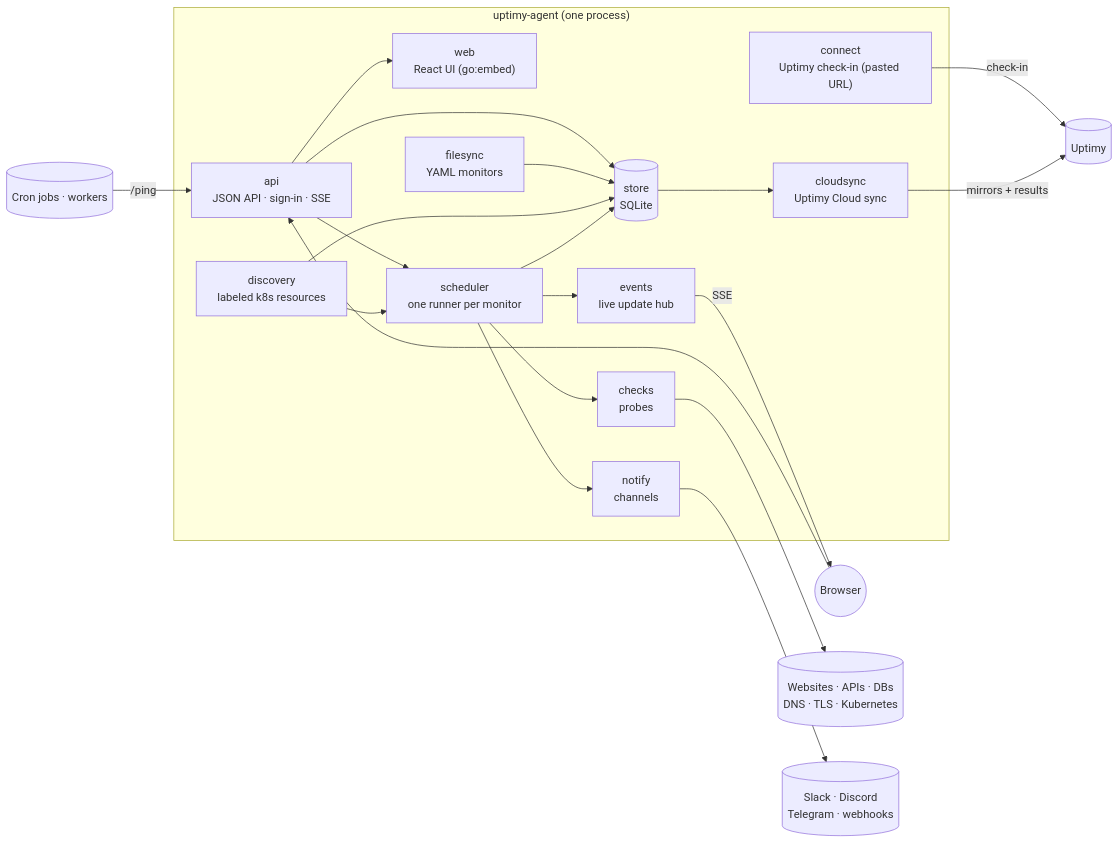
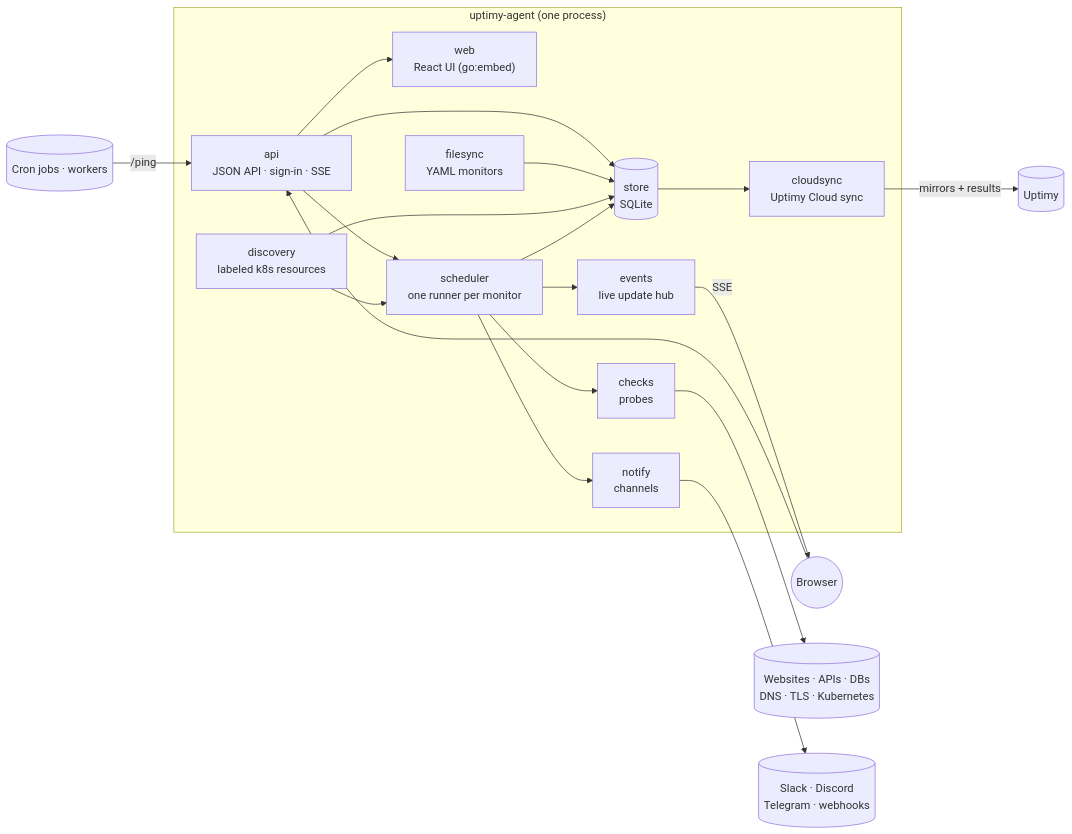
Before and after one commit to uptimy/agent: the diagram in ARCHITECTURE.md, drawn with Mermaid. The commit also changed other lines of this file and 28 other files, not shown here.

First line of the commit message:
Uptimy Cloud is the only connection: remove the pasted check-in URL and the watchdog

````diff
--- a/ARCHITECTURE.md
+++ b/ARCHITECTURE.md
@@ -5,35 +5,33 @@
 ```mermaid
 flowchart LR
     subgraph Agent["uptimy-agent (one process)"]
         API["api<br/>JSON API · sign-in · SSE"]
         UI["web<br/>React UI (go:embed)"]
         Sched["scheduler<br/>one runner per monitor"]
         Checks["checks<br/>probes"]
         Notify["notify<br/>channels"]
         Store[("store<br/>SQLite")]
         Hub["events<br/>live update hub"]
         Files["filesync<br/>YAML monitors"]
         Discovery["discovery<br/>labeled k8s resources"]
-        Watchdog["connect<br/>Uptimy check-in (pasted URL)"]
         Sync["cloudsync<br/>Uptimy Cloud sync"]
     end
 
     Browser((Browser)) --> API
     API --> UI
     API --> Store
     API --> Sched
     Files --> Store
     Discovery --> Store
     Discovery --> Sched
     Sched --> Checks
     Checks --> Targets[(Websites · APIs · DBs<br/>DNS · TLS · Kubernetes)]
     CronJobs[(Cron jobs · workers)] -- /ping --> API
     Sched --> Store
     Sched --> Hub
     Hub -- SSE --> Browser
     Sched --> Notify
     Notify --> Channels[(Slack · Discord<br/>Telegram · webhooks)]
-    Watchdog -- check-in --> Uptimy[(Uptimy)]
     Store --> Sync
-    Sync -- mirrors + results --> Uptimy
+    Sync -- mirrors + results --> Uptimy[(Uptimy)]
 ```
````
